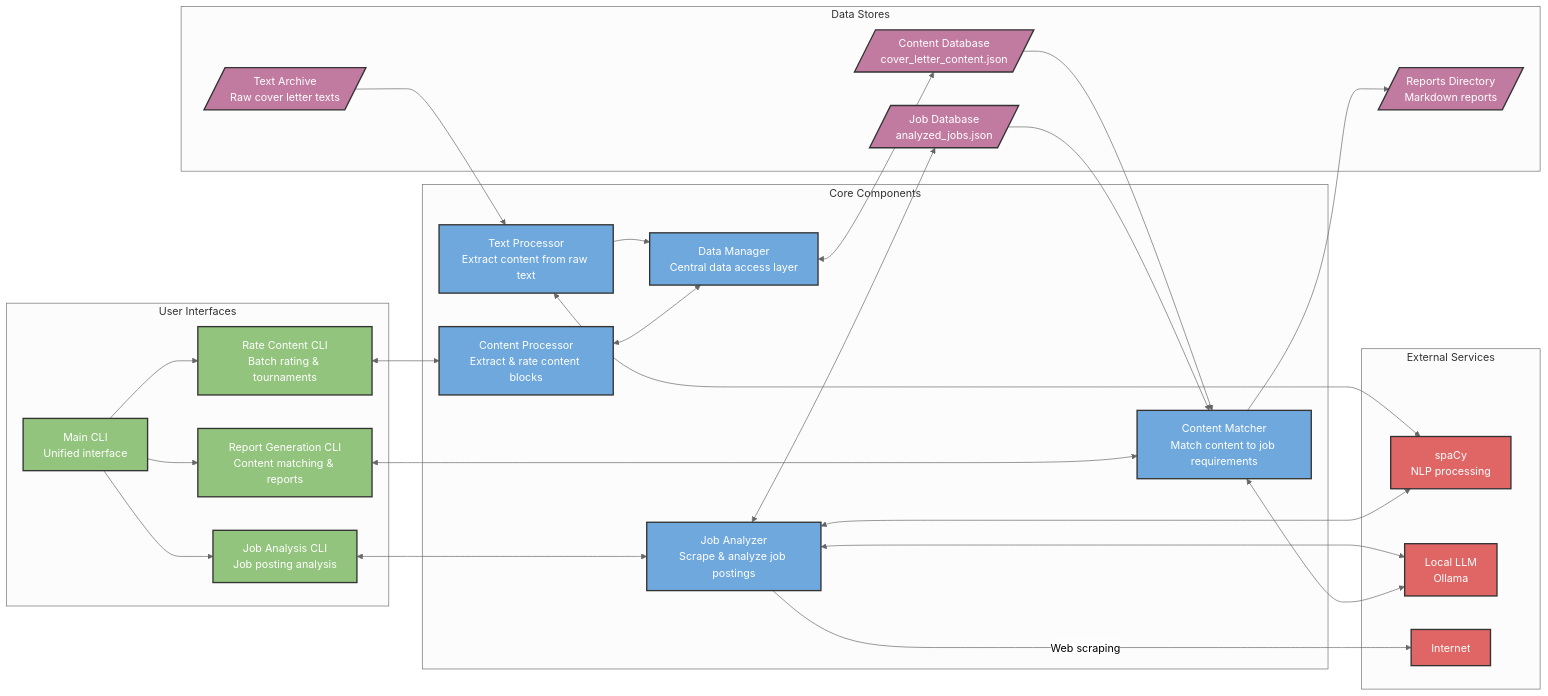
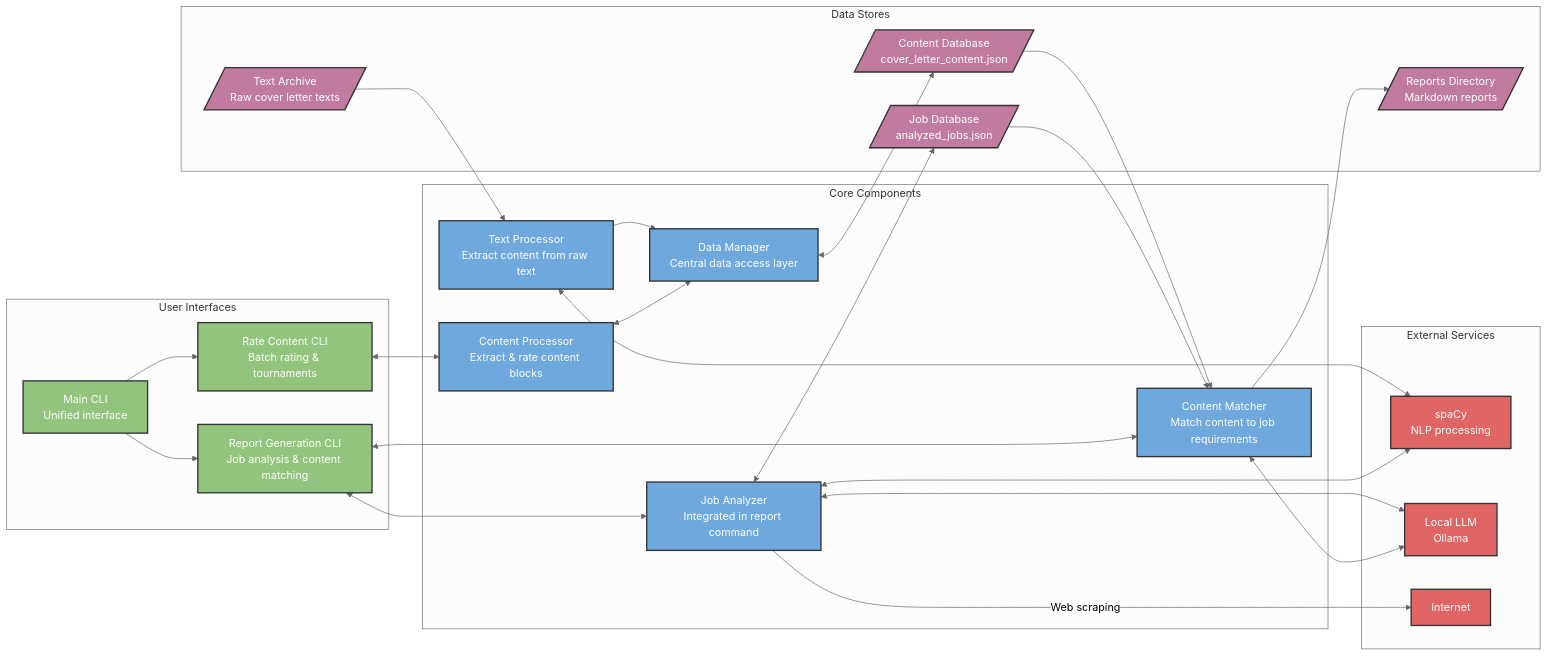
Before and after one commit to jonamar/coverletter_wiz: the diagram in README.md, drawn with Mermaid (neutral theme). The commit also changed other lines of this file and 11 other files, not shown here.

First line of the commit message:
feat(cli): consolidate job analysis into report command (0.6.0)

````diff
--- a/README.md
+++ b/README.md
@@ -67,72 +66,70 @@
 ```mermaid
 flowchart LR
   %% Data Stores
   subgraph DS[Data Stores]
       RawText[/"Text Archive<br>Raw cover letter texts"/]
       ContentDB[/"Content Database<br>cover_letter_content.json"/]
       JobDB[/"Job Database<br>analyzed_jobs.json"/]
       Reports[/"Reports Directory<br>Markdown reports"/]
   end
 
   %% Core Components
   subgraph Core[Core Components]
       TextProcessor["Text Processor<br>Extract content from raw text"]
       DataManager["Data Manager<br>Central data access layer"]
       ContentProcessor["Content Processor<br>Extract & rate content blocks"]
-      JobAnalyzer["Job Analyzer<br>Scrape & analyze job postings"]
+      JobAnalyzer["Job Analyzer<br>Integrated in report command"]
       ContentMatcher["Content Matcher<br>Match content to job requirements"]
   end
 
   %% External Services
   subgraph Ext[External Services]
       SpaCy["spaCy<br>NLP processing"]
       LLM["Local LLM<br>Ollama"]
       Internet["Internet"]
   end
 
   %% User Interfaces
   subgraph UI[User Interfaces]
       RateUI["Rate Content CLI<br>Batch rating & tournaments"]
-      JobUI["Job Analysis CLI<br>Job posting analysis"]
-      ReportUI["Report Generation CLI<br>Content matching & reports"]
+      ReportUI["Report Generation CLI<br>Job analysis & content matching"]
       MainUI["Main CLI<br>Unified interface"]
   end
 
   %% Flows
   RawText --> TextProcessor
   TextProcessor --> DataManager
   DataManager <--> ContentDB
 
   ContentProcessor <--> DataManager
 
   JobAnalyzer <--> JobDB
   JobAnalyzer -->|Web scraping| Internet
 
   TextProcessor <--> SpaCy
   JobAnalyzer <--> SpaCy
   JobAnalyzer <--> LLM
 
   ContentDB --> ContentMatcher
   JobDB --> ContentMatcher
   ContentMatcher --> Reports
   ContentMatcher <--> LLM
 
   RateUI <--> ContentProcessor
-  JobUI <--> JobAnalyzer
+  ReportUI <--> JobAnalyzer
   ReportUI <--> ContentMatcher
 
   MainUI --> RateUI
-  MainUI --> JobUI
   MainUI --> ReportUI
   
   %% Style Definitions (High contrast)
   classDef dataStore fill:#c27ba0,stroke:#333,stroke-width:2px,color:#fff;
   classDef core fill:#6fa8dc,stroke:#333,stroke-width:2px,color:#fff;
   classDef ui fill:#93c47d,stroke:#333,stroke-width:2px,color:#fff;
   classDef external fill:#e06666,stroke:#333,stroke-width:2px,color:#fff;
   
   class RawText,ContentDB,JobDB,Reports dataStore;
   class TextProcessor,DataManager,ContentProcessor,JobAnalyzer,ContentMatcher core;
-  class RateUI,JobUI,ReportUI,MainUI ui;
+  class RateUI,ReportUI,MainUI ui;
   class SpaCy,LLM,Internet external;
 ```
````
